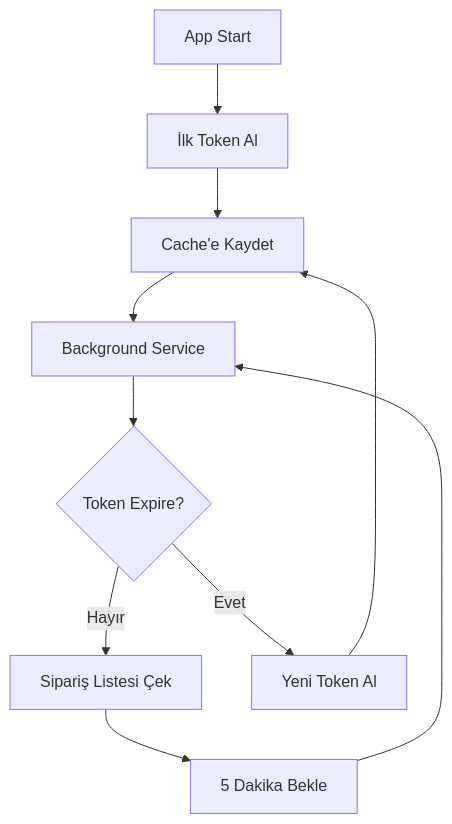
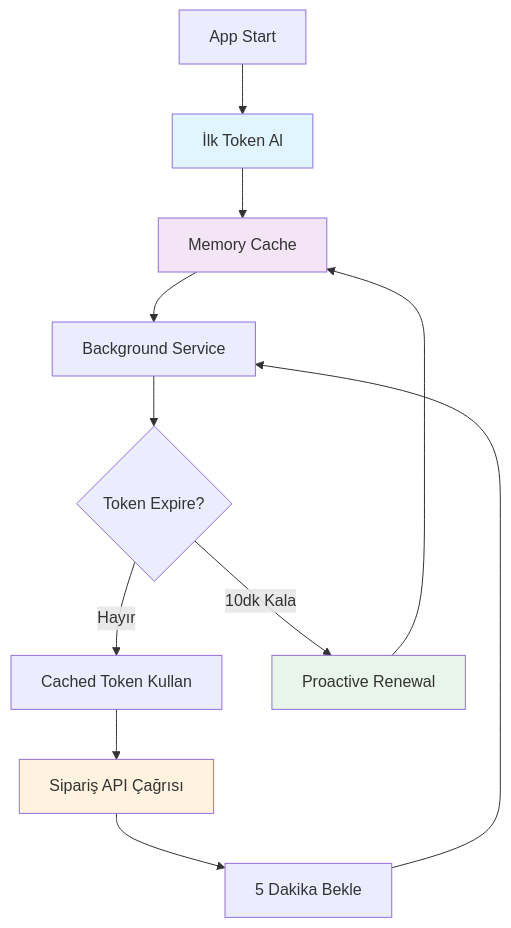
One commit to caglatuncsavas/ECommerceOrderApi changed the diagram in TOKEN_MANAGEMENT_README.md. Above: the diagram before and after it, drawn with Mermaid. The commit also changed other lines of this file, not shown here.

````diff
--- a/TOKEN_MANAGEMENT_README.md
+++ b/TOKEN_MANAGEMENT_README.md
@@ -84,12 +94,18 @@
 ```mermaid
 graph TD
     A[App Start] --> B[İlk Token Al]
-    B --> C[Cache'e Kaydet]
+    B --> C[Memory Cache]
     C --> D[Background Service]
     D --> E{Token Expire?}
-    E -->|Hayır| F[Sipariş Listesi Çek]
-    E -->|Evet| G[Yeni Token Al]
+    E -->|Hayır| F[Cached Token Kullan]
+    E -->|10dk Kala| G[Proactive Renewal]
     G --> C
-    F --> H[5 Dakika Bekle]
-    H --> D
+    F --> H[Sipariş API Çağrısı]
+    H --> I[5 Dakika Bekle]
+    I --> D
+    
+    style B fill:#e1f5fe
+    style C fill:#f3e5f5
+    style G fill:#e8f5e8
+    style H fill:#fff3e0
 ```
````
